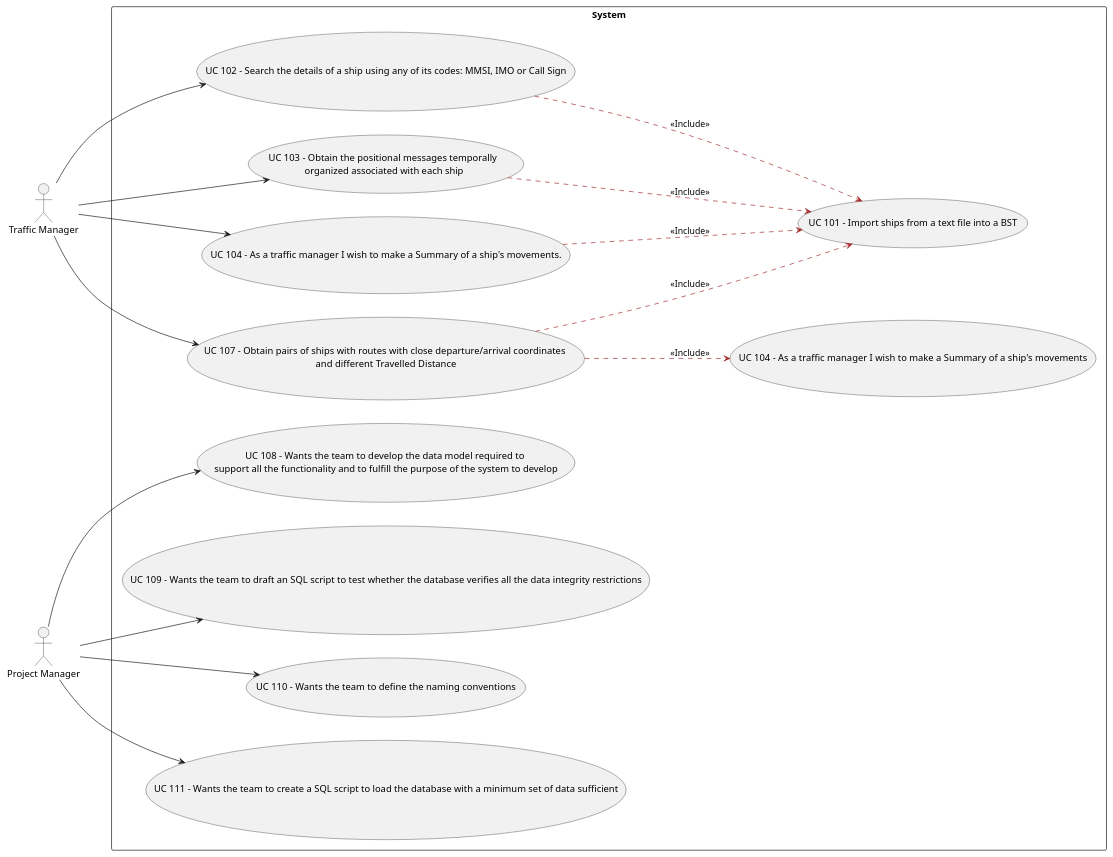
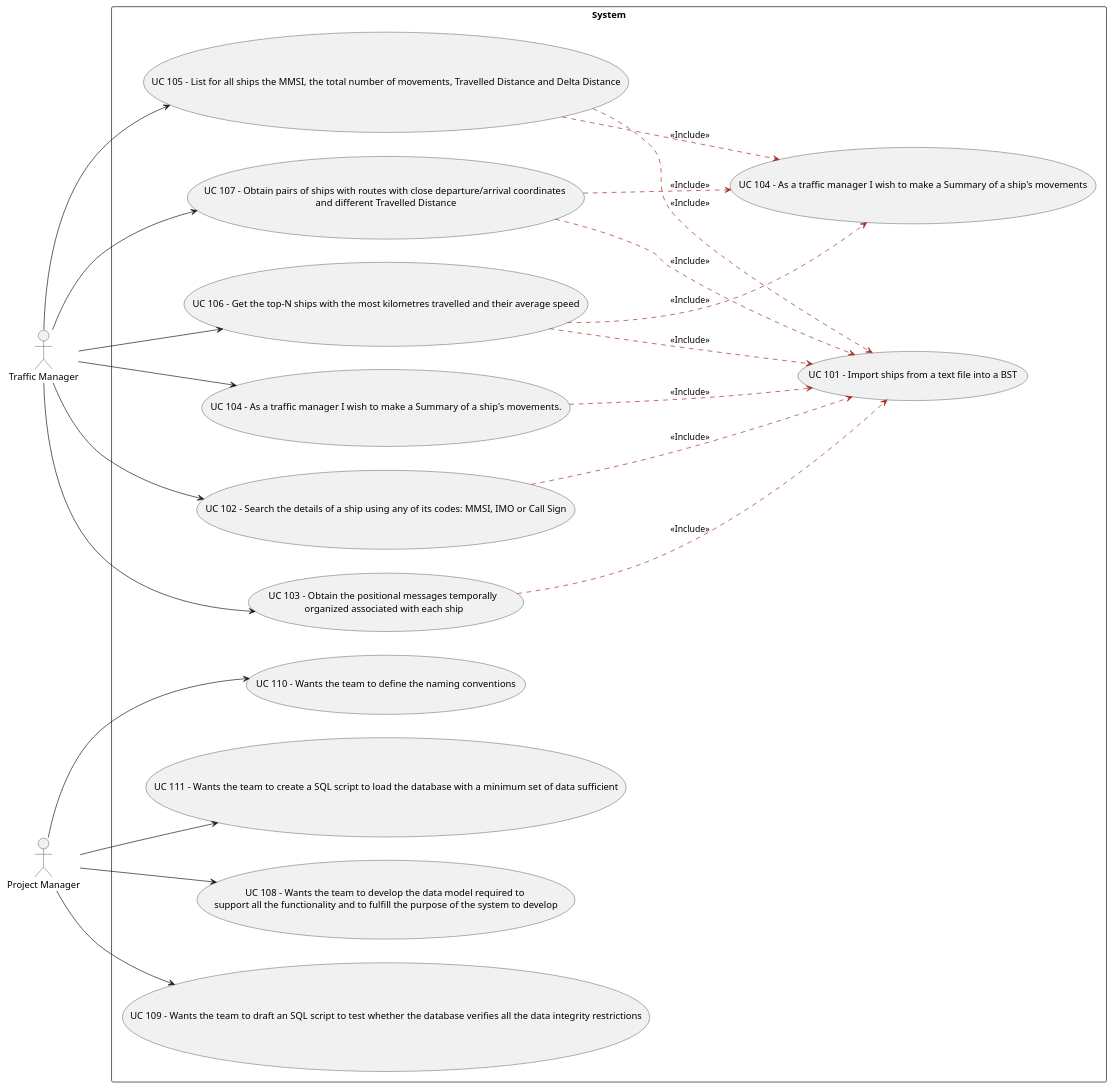
Before and after one commit to ana-albergaria/LAPR3-ISEP: the diagram in docs/Use Case Diagram.puml, drawn with PlantUML.

Commit message:
Use Case Diagram

```diff
--- a/docs/Use Case Diagram.puml
+++ b/docs/Use Case Diagram.puml
@@ -1,24 +1,31 @@
 @startuml
 
 left to right direction
 skinparam packageStyle rectangle
 actor "Traffic Manager" as TM
 actor "Project Manager" as PM
 
 rectangle System {
 (UC 102 - Search the details of a ship using any of its codes: MMSI, IMO or Call Sign) --> (UC 101 - Import ships from a text file into a BST) #brown;line.dashed;text:black : <<Include>>
 (UC 103 - Obtain the positional messages temporally \norganized associated with each ship) --> (UC 101 - Import ships from a text file into a BST) #brown;line.dashed;text:black : <<Include>>
 (UC 104 - As a traffic manager I wish to make a Summary of a ship's movements.) --> (UC 101 - Import ships from a text file into a BST) #brown;line.dashed;text:black : <<Include>>
+(UC 105 - List for all ships the MMSI, the total number of movements, Travelled Distance and Delta Distance) --> (UC 101 - Import ships from a text file into a BST) #brown;line.dashed;text:black : <<Include>>
+(UC 105 - List for all ships the MMSI, the total number of movements, Travelled Distance and Delta Distance) --> (UC 104 - As a traffic manager I wish to make a Summary of a ship's movements) #brown;line.dashed;text:black : <<Include>>
+(UC 106 - Get the top-N ships with the most kilometres travelled and their average speed) --> (UC 101 - Import ships from a text file into a BST) #brown;line.dashed;text:black : <<Include>>
+(UC 106 - Get the top-N ships with the most kilometres travelled and their average speed) --> (UC 104 - As a traffic manager I wish to make a Summary of a ship's movements) #brown;line.dashed;text:black : <<Include>>
 (UC 107 - Obtain pairs of ships with routes with close departure/arrival coordinates \nand different Travelled Distance) --> (UC 101 - Import ships from a text file into a BST) #brown;line.dashed;text:black : <<Include>>
 (UC 107 - Obtain pairs of ships with routes with close departure/arrival coordinates \nand different Travelled Distance) --> (UC 104 - As a traffic manager I wish to make a Summary of a ship's movements) #brown;line.dashed;text:black : <<Include>>
+
 TM --> (UC 103 - Obtain the positional messages temporally \norganized associated with each ship)
 TM --> (UC 107 - Obtain pairs of ships with routes with close departure/arrival coordinates \nand different Travelled Distance)
 TM --> (UC 104 - As a traffic manager I wish to make a Summary of a ship's movements.)
 TM --> (UC 102 - Search the details of a ship using any of its codes: MMSI, IMO or Call Sign)
+TM --> (UC 105 - List for all ships the MMSI, the total number of movements, Travelled Distance and Delta Distance)
+TM --> (UC 106 - Get the top-N ships with the most kilometres travelled and their average speed)
 PM --> (UC 108 - Wants the team to develop the data model required to \nsupport all the functionality and to fulfill the purpose of the system to develop)
 PM --> (UC 109 - Wants the team to draft an SQL script to test whether the database verifies all the data integrity restrictions)
 PM --> (UC 110 - Wants the team to define the naming conventions)
 PM --> (UC 111 - Wants the team to create a SQL script to load the database with a minimum set of data sufficient)
 }
 
 @enduml
```
